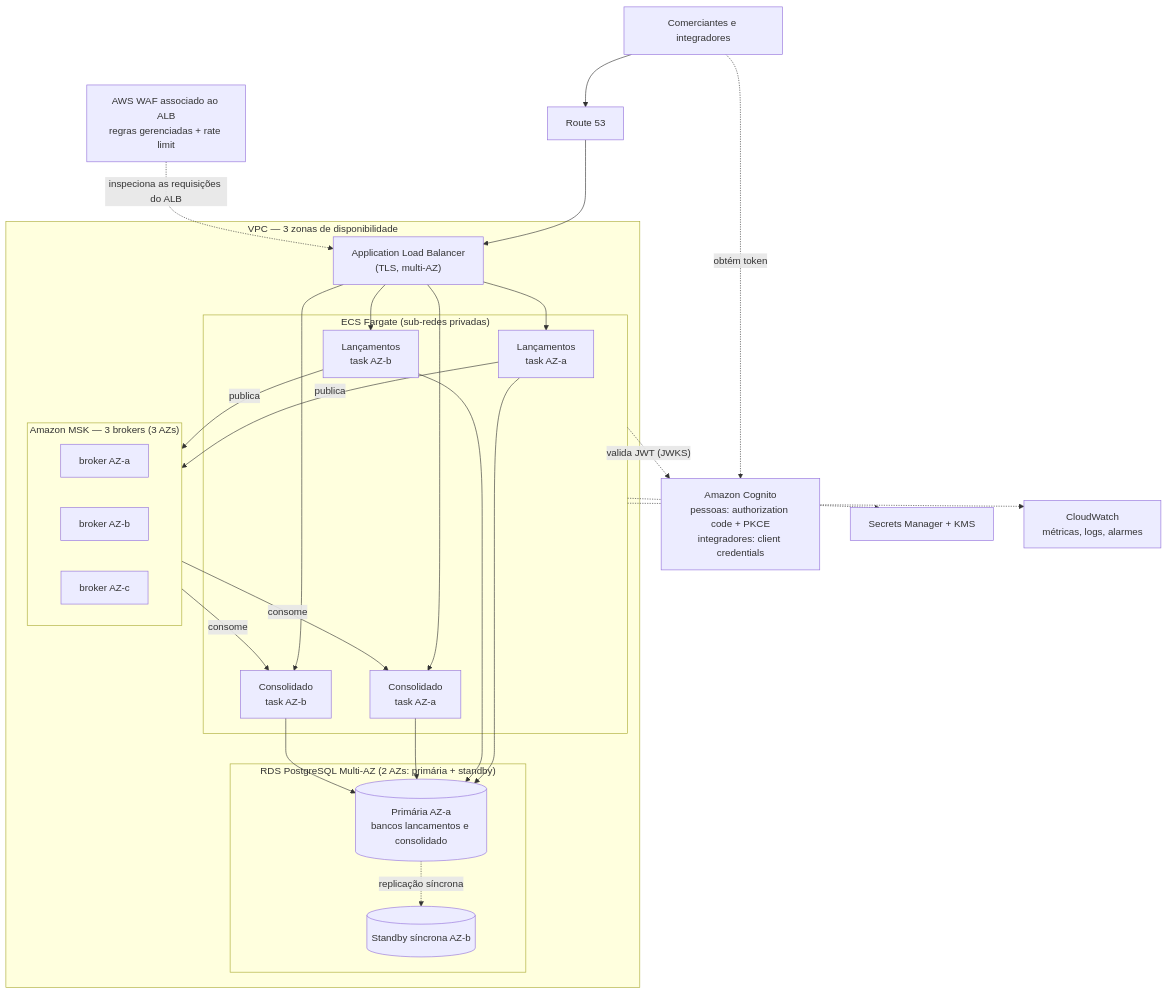
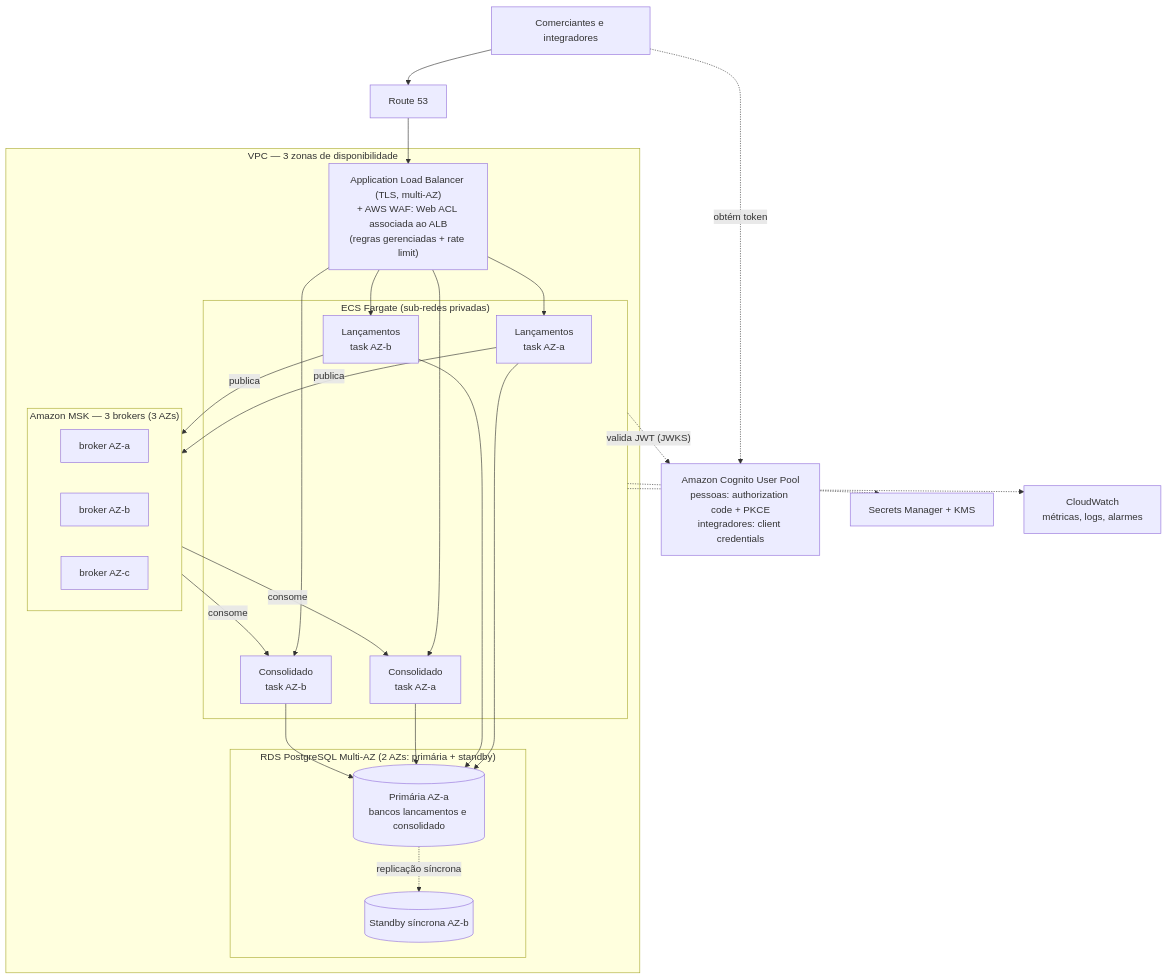
Before and after one commit to VictorLeaSilva/cashflow-platform: the fourth of 4 diagrams in docs/architecture/architecture.md, drawn with Mermaid. The commit also changed other lines of this file and 3 other files, not shown here.

First line of the commit message:
docs(T-005): Cognito com app clients, WAF associado ao ALB e convergência condicionada

````diff
--- a/docs/architecture/architecture.md
+++ b/docs/architecture/architecture.md
@@ -173,42 +175,40 @@
 ```mermaid
 flowchart TB
     users["Comerciantes e integradores"]
     r53["Route 53"]
-    waf["AWS WAF associado ao ALB<br/>regras gerenciadas + rate limit"]
-    cognito["Amazon Cognito<br/>pessoas: authorization code + PKCE<br/>integradores: client credentials"]
+    cognito["Amazon Cognito User Pool<br/>pessoas: authorization code + PKCE<br/>integradores: client credentials"]
 
     subgraph VPC["VPC — 3 zonas de disponibilidade"]
-      alb["Application Load Balancer<br/>(TLS, multi-AZ)"]
+      alb["Application Load Balancer (TLS, multi-AZ)<br/>+ AWS WAF: Web ACL associada ao ALB<br/>(regras gerenciadas + rate limit)"]
       subgraph ECS["ECS Fargate (sub-redes privadas)"]
         l1["Lançamentos<br/>task AZ-a"]
         l2["Lançamentos<br/>task AZ-b"]
         c1["Consolidado<br/>task AZ-a"]
         c2["Consolidado<br/>task AZ-b"]
       end
       subgraph RDS["RDS PostgreSQL Multi-AZ (2 AZs: primária + standby)"]
         rp[("Primária AZ-a<br/>bancos lancamentos e consolidado")]
         rs[("Standby síncrona AZ-b")]
       end
       subgraph MSK["Amazon MSK — 3 brokers (3 AZs)"]
         b1["broker AZ-a"]
         b2["broker AZ-b"]
         b3["broker AZ-c"]
       end
     end
 
     sm["Secrets Manager + KMS"]
     cw["CloudWatch<br/>métricas, logs, alarmes"]
 
     users --> r53 --> alb
-    waf -.->|"inspeciona as requisições do ALB"| alb
     users -.->|"obtém token"| cognito
     alb --> l1 & l2 & c1 & c2
     l1 & l2 --> rp
     c1 & c2 --> rp
     rp -.->|"replicação síncrona"| rs
     l1 & l2 -->|"publica"| MSK
     MSK -->|"consome"| c1 & c2
     ECS -.-> sm
     ECS -.-> cw
     ECS -.->|"valida JWT (JWKS)"| cognito
 ```
````
